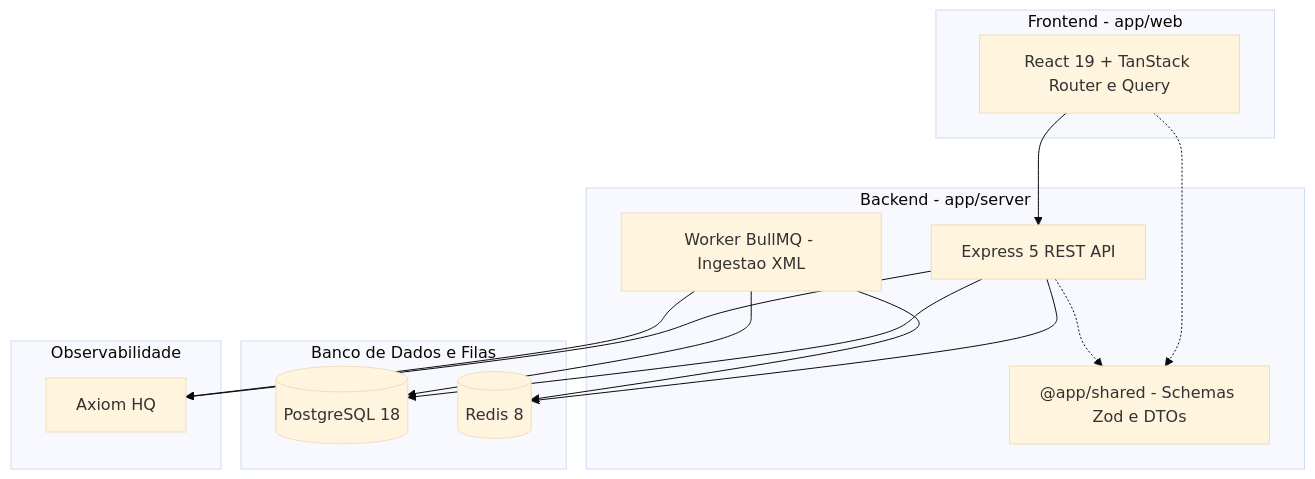
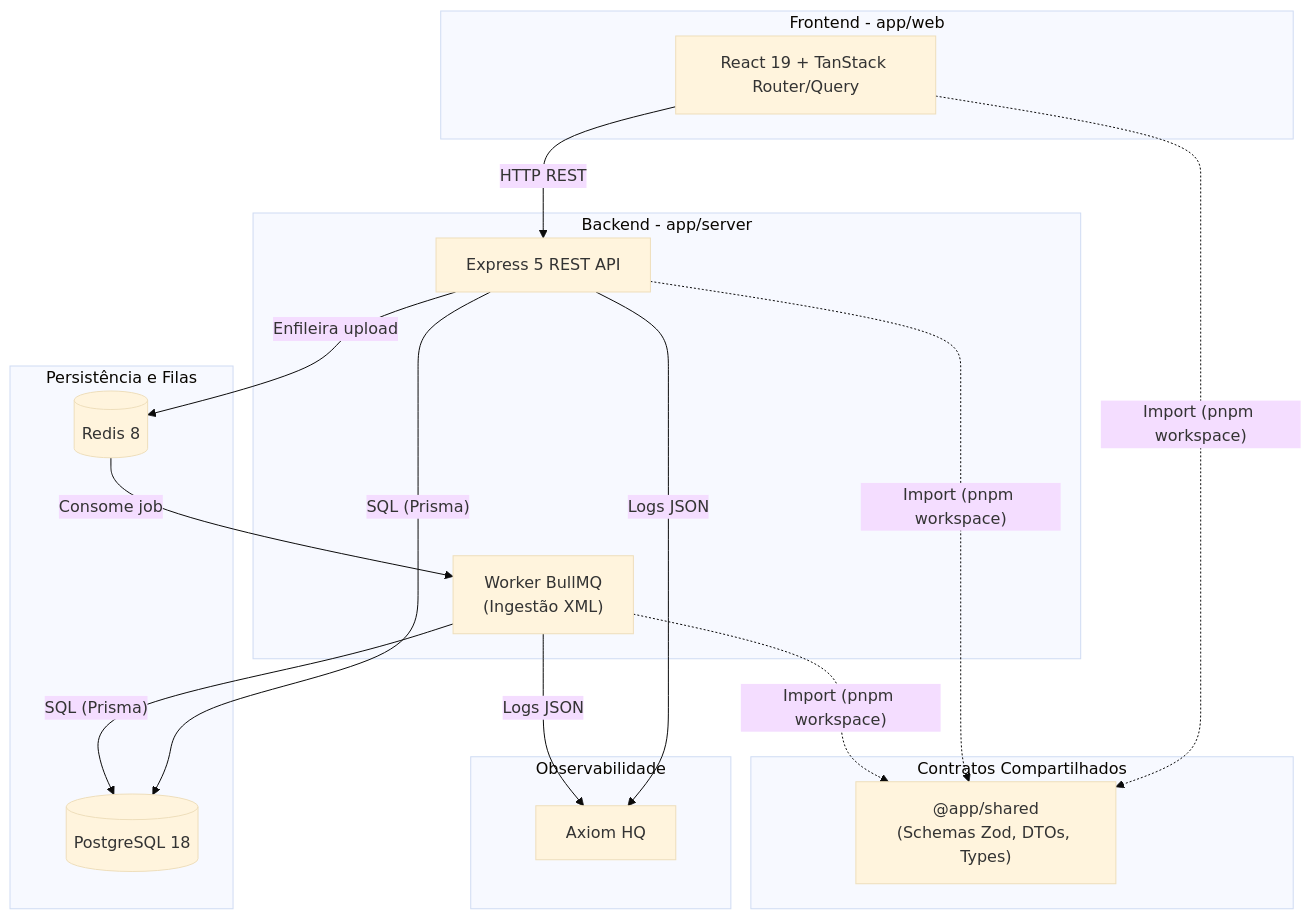
One commit to gabrielberlucci/trace changed the diagram in README.md. Above: the diagram before and after it, drawn with Mermaid (base theme). The commit also changed other lines of this file, not shown here.

Commit message:
docs: rewrite README with real-world architecture, trade-offs and engineering decisions

````diff
--- a/README.md
+++ b/README.md
@@ -73,31 +32,40 @@
 ```mermaid
 flowchart TD
-    subgraph Client ["Frontend - app/web"]
-        UI["React 19 + TanStack Router e Query"]
+    subgraph Front ["Frontend - app/web"]
+        React["React 19 + TanStack Router/Query"]
     end
 
-    subgraph Backend ["Backend - app/server"]
-        API["Express 5 REST API"]
-        Shared["@app/shared - Schemas Zod e DTOs"]
-        Worker["Worker BullMQ - Ingestao XML"]
+    subgraph Shared ["Contratos Compartilhados"]
+        SharedPkg["@app/shared<br/>(Schemas Zod, DTOs, Types)"]
     end
 
-    subgraph Infra ["Banco de Dados e Filas"]
-        DB[("PostgreSQL 18")]
-        Redis[("Redis 8")]
+    subgraph Back ["Backend - app/server"]
+        API["Express 5 REST API"]
+        Worker["Worker BullMQ<br/>(Ingestão XML)"]
     end
 
-    subgraph Logs ["Observabilidade"]
+    subgraph Data ["Persistência e Filas"]
+        Redis[("Redis 8")]
+        PG[("PostgreSQL 18")]
+    end
+
+    subgraph Obs ["Observabilidade"]
         Axiom["Axiom HQ"]
     end
 
-    UI --> API
-    UI -.-> Shared
-    API -.-> Shared
-    API --> DB
-    API --> Redis
-    Worker --> Redis
-    Worker --> DB
-    API --> Axiom
-    Worker --> Axiom
+    %% Conexões Front/Back
+    React -->|"HTTP REST"| API
+    React -.->|"Import (pnpm workspace)"| SharedPkg
+    API -.->|"Import (pnpm workspace)"| SharedPkg
+    Worker -.->|"Import (pnpm workspace)"| SharedPkg
+
+    %% Fluxo de Filas e Banco
+    API -->|"Enfileira upload"| Redis
+    Redis -->|"Consome job"| Worker
+    API -->|"SQL (Prisma)"| PG
+    Worker -->|"SQL (Prisma)"| PG
+
+    %% Observabilidade
+    API -->|"Logs JSON"| Axiom
+    Worker -->|"Logs JSON"| Axiom
 ```
````
